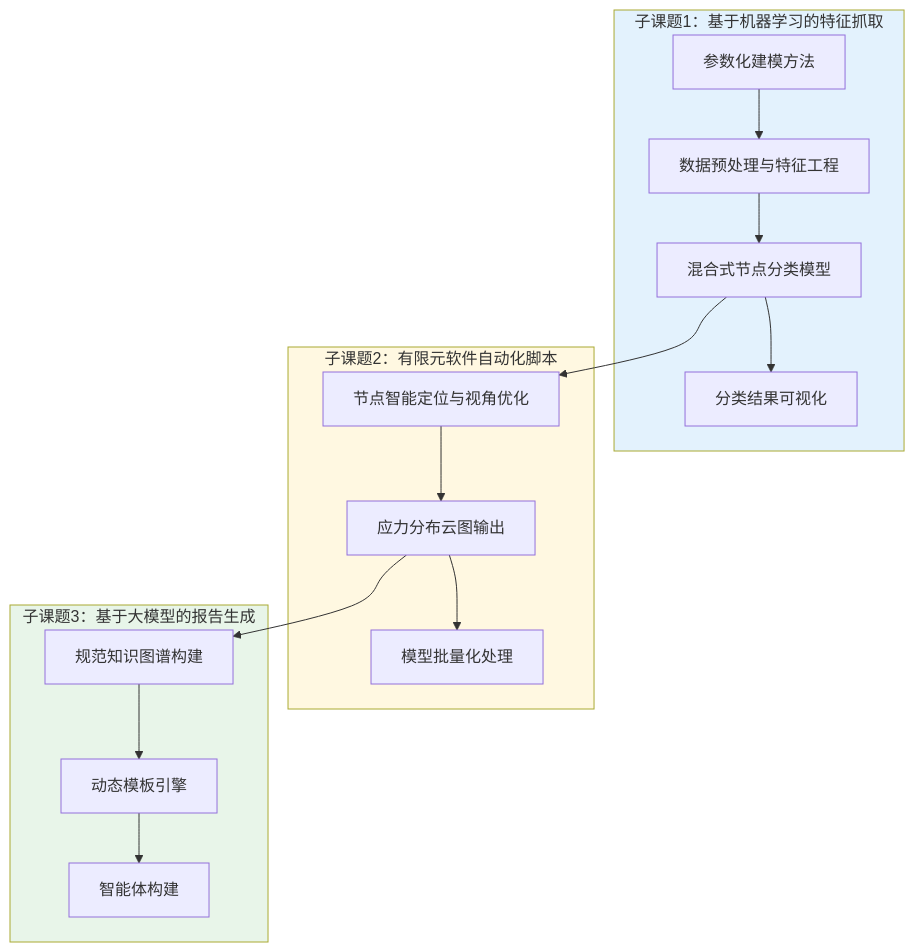
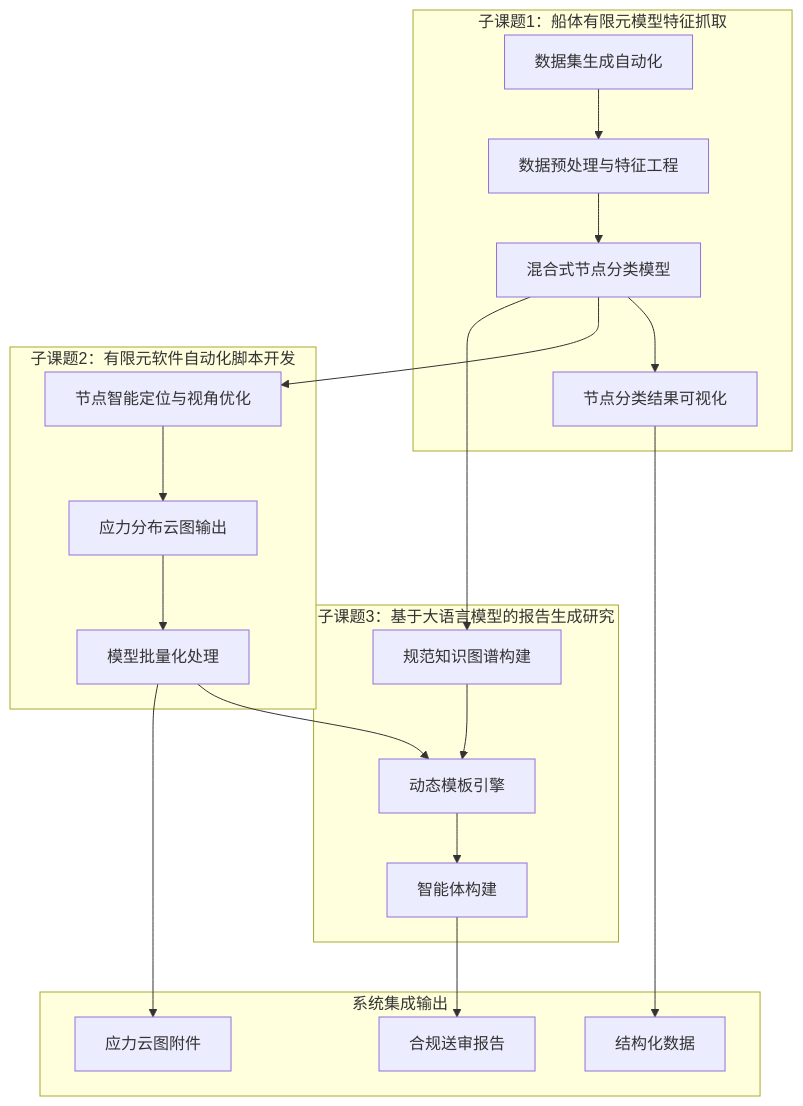
Before and after one commit to ffgzz/official-doc-skills: the diagram in generated-drafts/zs-test/ch04-项目建设方案/03-项目研发内容.md, drawn with Mermaid. The commit also changed other lines of this file and 53 other files, not shown here.

````diff
--- a/generated-drafts/zs-test/ch04-项目建设方案/03-项目研发内容.md
+++ b/generated-drafts/zs-test/ch04-项目建设方案/03-项目研发内容.md
@@ -9,35 +9,41 @@
 ```mermaid
-graph TB
-    subgraph 子课题1["子课题1：基于机器学习的特征抓取"]
-        C1_1[参数化建模方法]
-        C1_2[数据预处理与特征工程]
-        C1_3[混合式节点分类模型]
-        C1_4[分类结果可视化]
+flowchart TB
+    subgraph 子课题1["子课题1：船体有限元模型特征抓取"]
+        S1_1[数据集生成自动化]
+        S1_2[数据预处理与特征工程]
+        S1_3[混合式节点分类模型]
+        S1_4[节点分类结果可视化]
     end
     
-    subgraph 子课题2["子课题2：有限元软件自动化脚本"]
-        C2_1[节点智能定位与视角优化]
-        C2_2[应力分布云图输出]
-        C2_3[模型批量化处理]
+    subgraph 子课题2["子课题2：有限元软件自动化脚本开发"]
+        S2_1[节点智能定位与视角优化]
+        S2_2[应力分布云图输出]
+        S2_3[模型批量化处理]
     end
     
-    subgraph 子课题3["子课题3：基于大模型的报告生成"]
-        C3_1[规范知识图谱构建]
-        C3_2[动态模板引擎]
-        C3_3[智能体构建]
+    subgraph 子课题3["子课题3：基于大语言模型的报告生成研究"]
+        S3_1[规范知识图谱构建]
+        S3_2[动态模板引擎]
+        S3_3[智能体构建]
     end
     
-    C1_1 --> C1_2
-    C1_2 --> C1_3
-    C1_3 --> C1_4
-    C1_3 --> C2_1
-    C2_1 --> C2_2
-    C2_2 --> C2_3
-    C2_2 --> C3_1
-    C3_1 --> C3_2
-    C3_2 --> C3_3
+    subgraph 输出["系统集成输出"]
+        O1[合规送审报告]
+        O2[结构化数据]
+        O3[应力云图附件]
+    end
     
-    style 子课题1 fill:#e3f2fd
-    style 子课题2 fill:#fff8e1
-    style 子课题3 fill:#e8f5e9
+    S1_1 --> S1_2
+    S1_2 --> S1_3
+    S1_3 --> S1_4
+    S1_3 --> S2_1
+    S1_3 --> S3_1
+    S2_1 --> S2_2
+    S2_2 --> S2_3
+    S2_3 --> S3_2
+    S3_1 --> S3_2
+    S3_2 --> S3_3
+    S1_4 --> O2
+    S2_3 --> O3
+    S3_3 --> O1
 ```
````
